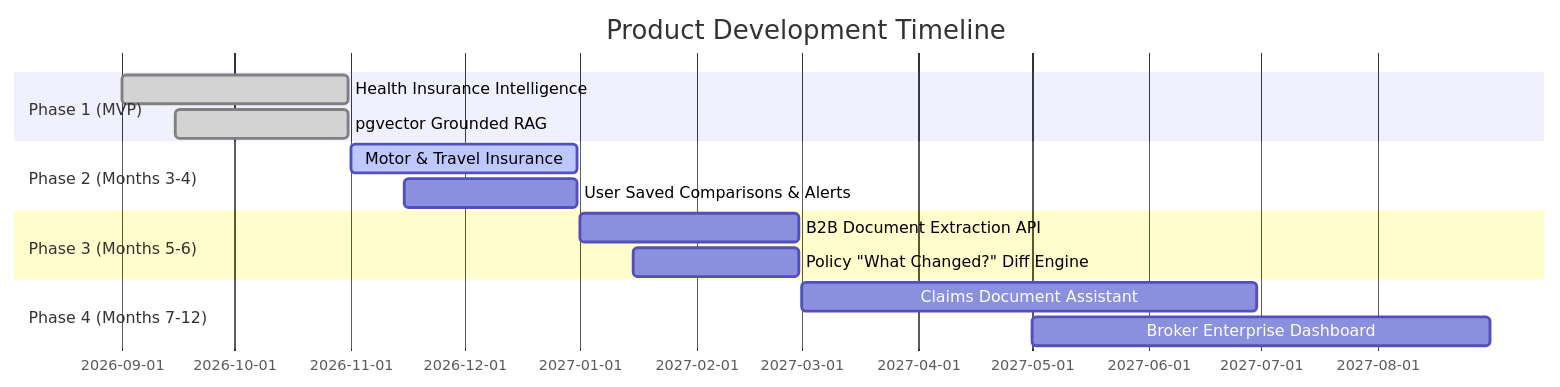
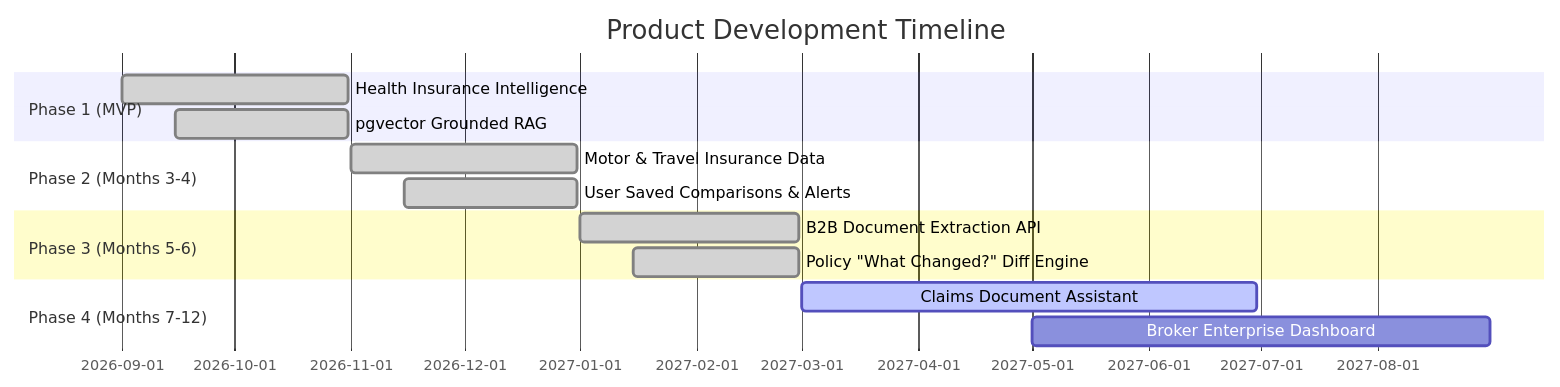
The diagram in docs/PITCH_DECK_AND_ROADMAP.md (ktilak12/AI_insurance_platform), drawn with Mermaid before and after one commit. The commit also changed other lines of this file and 14 other files, not shown here.

Commit message:
feat(phase3): implement B2B batch document extraction API and semantic policy diff engine

````diff
--- a/docs/PITCH_DECK_AND_ROADMAP.md
+++ b/docs/PITCH_DECK_AND_ROADMAP.md
@@ -20,17 +20,17 @@
 ```mermaid
 gantt
     title Product Development Timeline
     dateFormat  YYYY-MM-DD
     section Phase 1 (MVP)
     Health Insurance Intelligence :done, 2026-09-01, 2026-10-31
     pgvector Grounded RAG         :done, 2026-09-15, 2026-10-31
     section Phase 2 (Months 3-4)
-    Motor & Travel Insurance      :active, 2026-11-01, 2026-12-31
-    User Saved Comparisons & Alerts: 2026-11-15, 2026-12-31
+    Motor & Travel Insurance Data :done, 2026-11-01, 2026-12-31
+    User Saved Comparisons & Alerts:done, 2026-11-15, 2026-12-31
     section Phase 3 (Months 5-6)
-    B2B Document Extraction API   : 2027-01-01, 2027-02-28
-    Policy "What Changed?" Diff Engine : 2027-01-15, 2027-02-28
+    B2B Document Extraction API   :done, 2027-01-01, 2027-02-28
+    Policy "What Changed?" Diff Engine :done, 2027-01-15, 2027-02-28
     section Phase 4 (Months 7-12)
-    Claims Document Assistant     : 2027-03-01, 2027-06-30
+    Claims Document Assistant     :active, 2027-03-01, 2027-06-30
     Broker Enterprise Dashboard   : 2027-05-01, 2027-08-31
 ```
````
